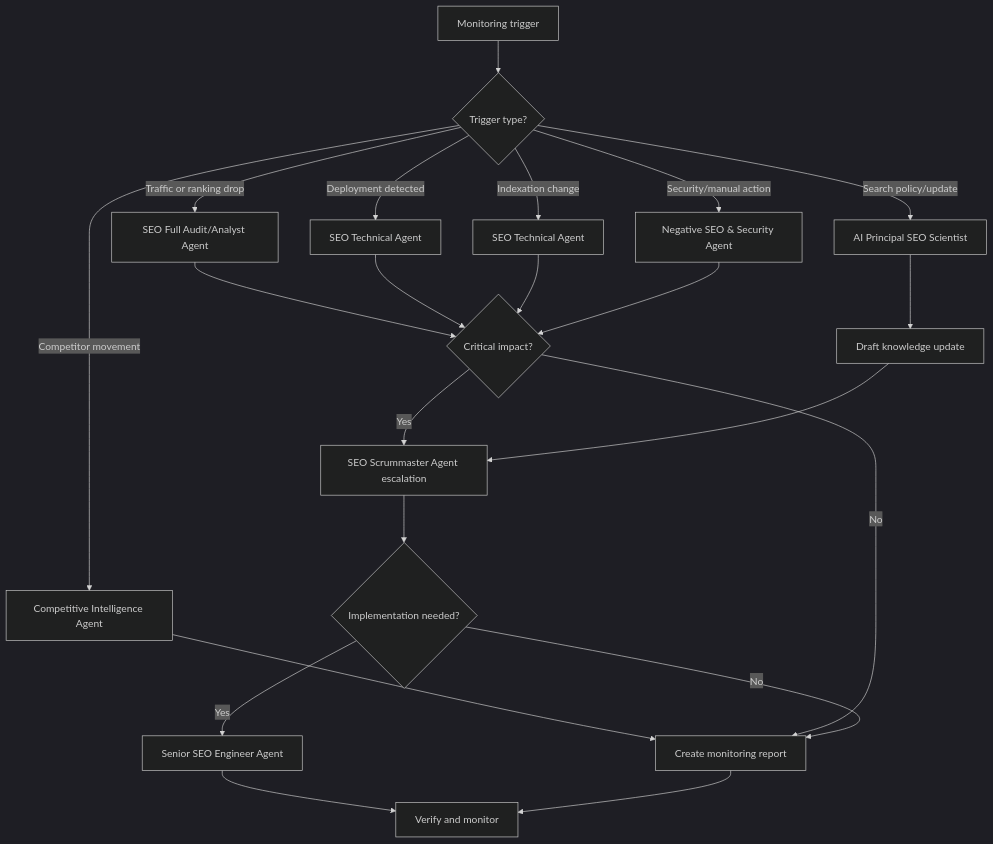
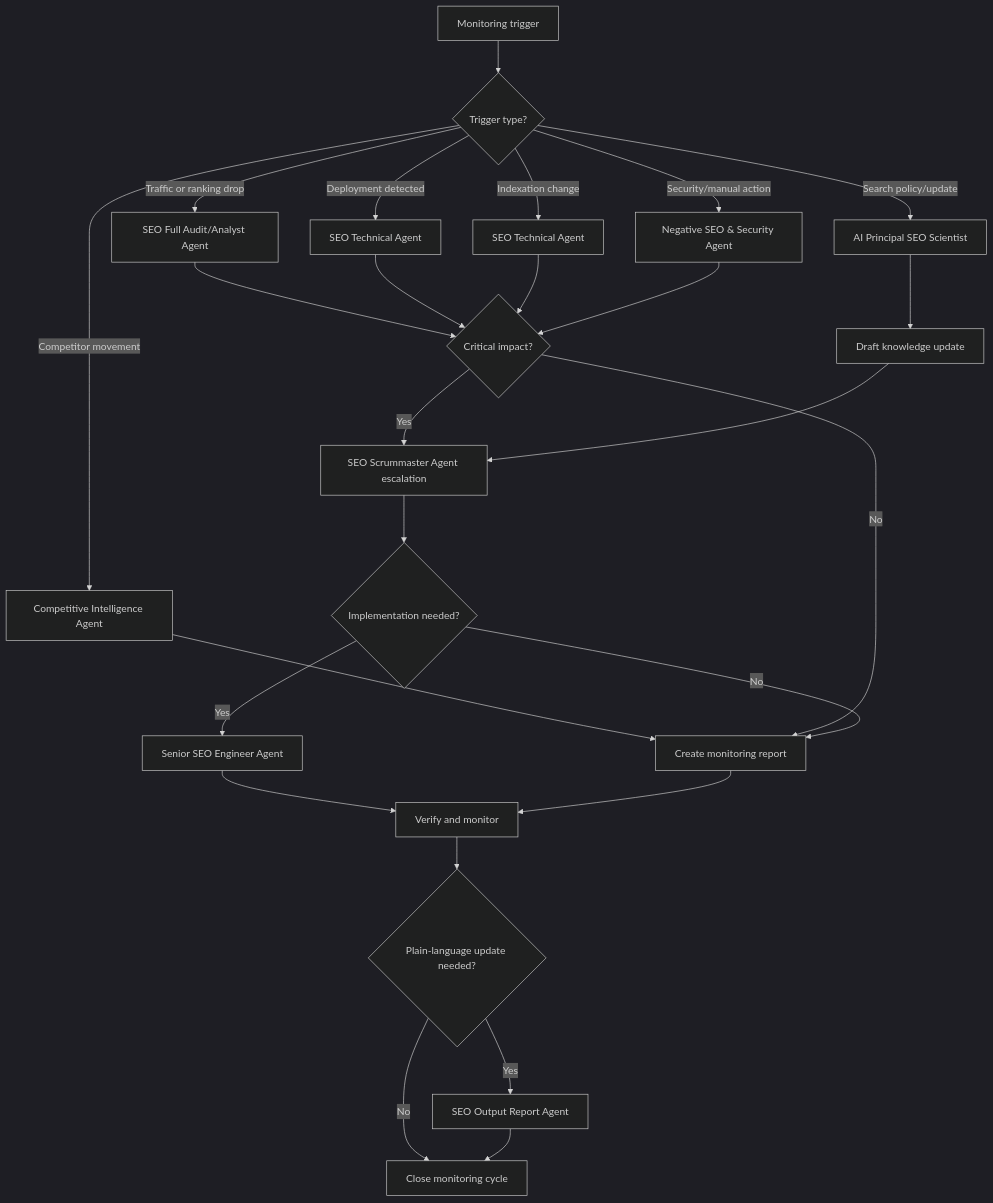
One commit to wfprieto/World-Class-SEO-Agent-System changed the diagram in workflows/monitoring-workflow.md. Above: the diagram before and after it, drawn with Mermaid (dark theme). The commit also changed other lines of this file and 13 other files, not shown here.

Commit message:
Add plain-language SEO output report agent

````diff
--- a/workflows/monitoring-workflow.md
+++ b/workflows/monitoring-workflow.md
@@ -7,24 +7,28 @@
 ```mermaid
 flowchart TD
   A["Monitoring trigger"] --> B{"Trigger type?"}
   B -->|Traffic or ranking drop| C["SEO Full Audit/Analyst Agent"]
   B -->|Deployment detected| D["SEO Technical Agent"]
   B -->|Indexation change| E["SEO Technical Agent"]
   B -->|Security/manual action| F["Negative SEO & Security Agent"]
   B -->|Competitor movement| G["Competitive Intelligence Agent"]
   B -->|Search policy/update| H["AI Principal SEO Scientist"]
   C --> I{"Critical impact?"}
   D --> I
   E --> I
   F --> I
   G --> J["Create monitoring report"]
   H --> K["Draft knowledge update"]
   I -->|Yes| L["SEO Scrummaster Agent escalation"]
   I -->|No| J
   L --> M{"Implementation needed?"}
   M -->|Yes| N["Senior SEO Engineer Agent"]
   M -->|No| J
   N --> O["Verify and monitor"]
   J --> O
   K --> L
+  O --> P{"Plain-language update needed?"}
+  P -->|Yes| Q["SEO Output Report Agent"]
+  P -->|No| R["Close monitoring cycle"]
+  Q --> R
 ```
````
